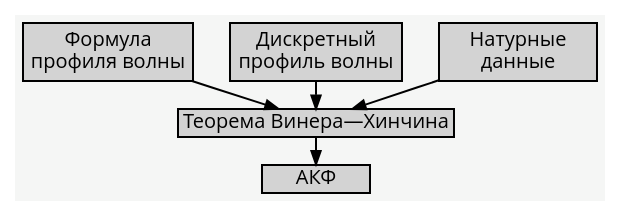
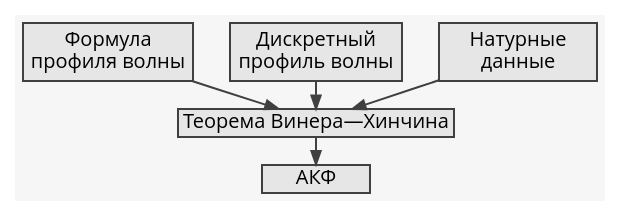
Before and after one commit to igankevich/arma-thesis: the second of 3 diagrams in arma-slides-ru.org, drawn with Graphviz. The commit also changed other lines of this file and 1 other file, not shown here.

```diff
--- a/arma-slides-ru.org
+++ b/arma-slides-ru.org
@@ -222,21 +231,29 @@
 #+begin_src dot :exports results :file build/acf-pipeline-ru.pdf
 digraph G {
 
-  node [fontname="Open Sans",fontsize=10,margin="0.055,0",shape=box,bgcolor="E5E6E5",style="filled"]
+  node [
+	  fontname="Open Sans",
+	  fontsize=10,
+	  margin="0.055,0",
+	  shape=box,
+	  fillcolor="#E5E6E5",
+	  style="filled",
+	  color="#404040"
+  ]
   graph [nodesep="0.25",ranksep="0.20",rankdir="TB" margin=0]
-  edge [arrowsize=0.66]
+  edge [arrowsize=0.66,color="#404040"]
   bgcolor="#F5F6F5"
 
   function [label="Формула\nпрофиля волны",height="0.40"]
   discrete_function [label="Дискретный\nпрофиль волны",height="0.40"]
   field_data [label="Натурные\nданные",width="1.1",height="0.40"]
   theorem [label="Теорема Винера—Хинчина",height="0.20"]
   acf [label="АКФ",height="0.20"]
 
   function->theorem
   discrete_function->theorem
   field_data->theorem
   theorem->acf
 
 }
 #+end_src
```
